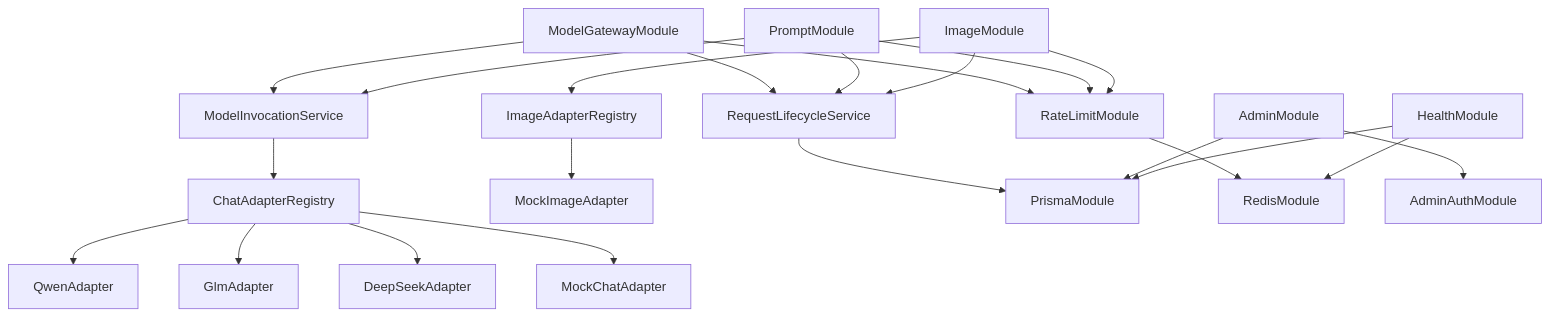
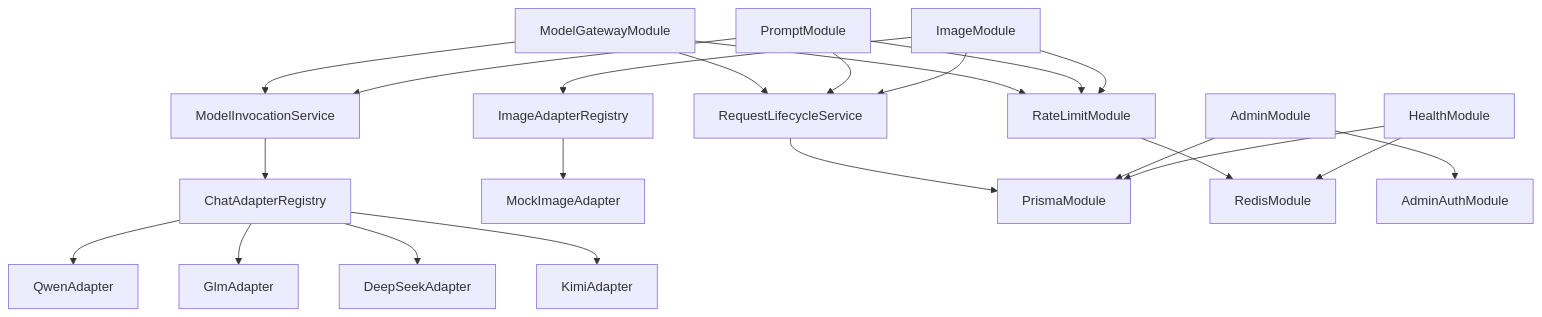
The second of 3 diagrams in openspec/changes/build-aigateway-v1/design.md (wanglsh97/super-mind-studio), drawn with Mermaid before and after one commit. The commit also changed other lines of this file and 72 other files, not shown here.

````diff
--- a/openspec/changes/build-aigateway-v1/design.md
+++ b/openspec/changes/build-aigateway-v1/design.md
@@ -77,24 +77,24 @@
 ```mermaid
 flowchart TB
     C["ModelGatewayModule"] --> G["ModelInvocationService"]
     O["PromptModule"] --> G
     I["ImageModule"] --> IR["ImageAdapterRegistry"]
     G --> TR["ChatAdapterRegistry"]
     TR --> QA["QwenAdapter"]
     TR --> GA["GlmAdapter"]
     TR --> DA["DeepSeekAdapter"]
-    TR --> MA["MockChatAdapter"]
+    TR --> KA["KimiAdapter"]
     IR --> MI["MockImageAdapter"]
     C --> RL["RequestLifecycleService"]
     O --> RL
     I --> RL
     RL --> DB["PrismaModule"]
     C --> L["RateLimitModule"]
     O --> L
     I --> L
     L --> RD["RedisModule"]
     AD["AdminModule"] --> DB
     AD --> AU["AdminAuthModule"]
     H["HealthModule"] --> DB
     H --> RD
 ```
````
